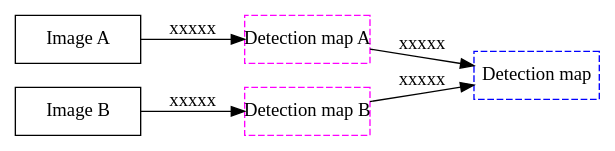
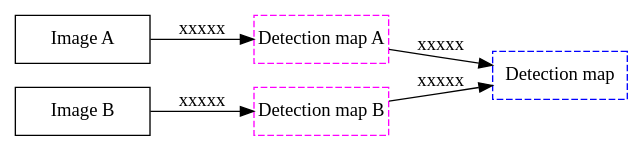
One commit to dstndstn/detection-paper changed the diagram in flow2.dot. Above: the diagram before and after it, drawn with Graphviz. The commit also changed 3 other files, not shown here.

Commit message:
update coadd graphs

```diff
--- a/flow2.dot
+++ b/flow2.dot
@@ -1,23 +1,23 @@
 digraph {
 rankdir="LR";
-node [fixedsize=true, width=1.3, height=0.5];
+node [fixedsize=true, width=1.4, height=0.5];
 
 subgraph {
 sortv=2;
 
 imA2 [label="Image A", shape=box];
 imB2 [label="Image B", shape=box];
 
 detA [label="Detection map A", shape=box, color="magenta", style="dashed, line width=3pt"];
 detB [label="Detection map B", shape=box, color="magenta", style="dashed, line width=3pt"];
 
 codet [label="Detection map", shape=box, color="blue", style="dashed, line width=3pt"];
 
 imA2 -> detA [label="xxxxx", texlbl="Correlate"];
 imB2 -> detB [label="xxxxx", texlbl="Correlate"];
 
 detA -> codet [label="xxxxx", texlbl=" "];
 detB -> codet [label="xxxxx", texlbl=" "];
 }
 
 }
```
